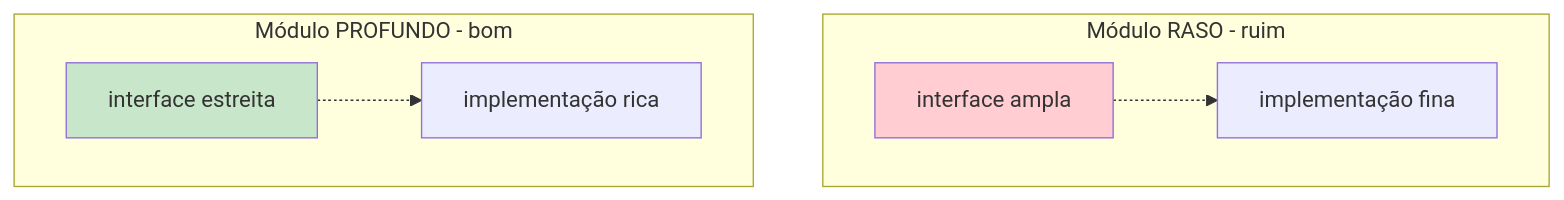
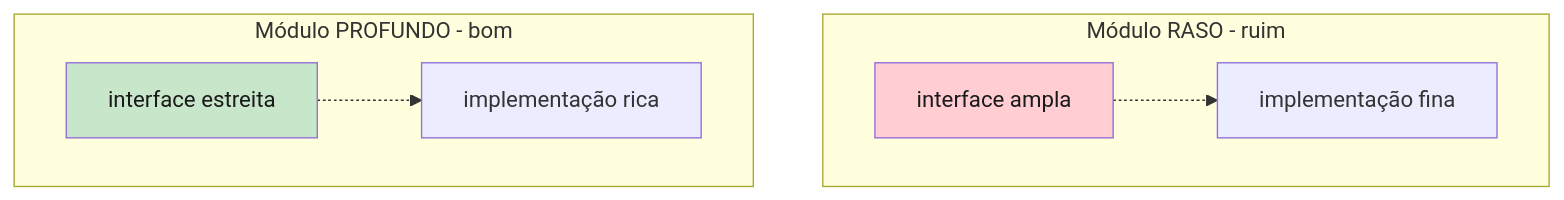
One commit to Felipeness/ferro-e-espirito changed the second of 2 diagrams in book/part-06-modules-and-crates/ch18-visibilidade.md. Above: the diagram before and after it, drawn with Mermaid. The commit also changed other lines of this file and 56 other files, not shown here.

First line of the commit message:
fix: contraste de texto em diagramas mermaid

````diff
--- a/book/part-06-modules-and-crates/ch18-visibilidade.md
+++ b/book/part-06-modules-and-crates/ch18-visibilidade.md
@@ -344,17 +344,17 @@
 ```mermaid
 graph TB
     subgraph Raso[Módulo RASO - ruim]
         R1[interface ampla]
         R2[implementação fina]
         R1 -.-> R2
     end
 
     subgraph Profundo[Módulo PROFUNDO - bom]
         P1[interface estreita]
         P2[implementação rica]
         P1 -.-> P2
     end
 
-    style R1 fill:#ffcdd2
-    style P1 fill:#c8e6c9
+    style R1 fill:#ffcdd2,color:#1a1a1a
+    style P1 fill:#c8e6c9,color:#1a1a1a
 ```
````
